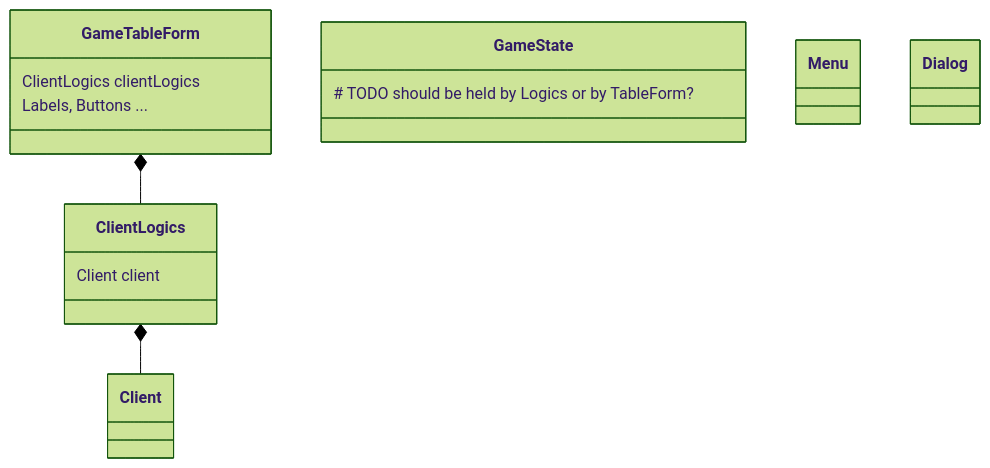
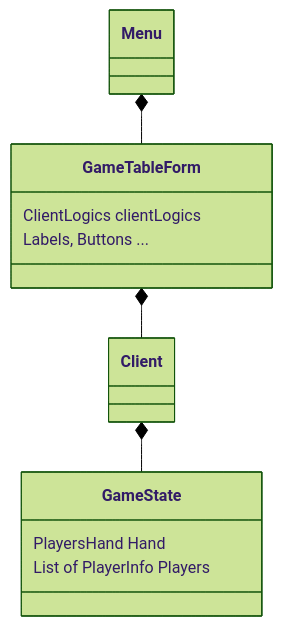
Before and after one commit to vesmil/oko-bere: the second of 3 diagrams in doc/technical.md, drawn with Mermaid (forest theme). The commit also changed other lines of this file and 1 other file, not shown here.

````diff
--- a/doc/technical.md
+++ b/doc/technical.md
@@ -67,30 +76,24 @@
 ```mermaid
 classDiagram
     class GameTableForm {
         ClientLogics clientLogics
         Labels, Buttons ...   
     }
 
-    class ClientLogics { 
-        Client client
-    }
-
     class Client { 
 
     }
 
     class GameState { 
-        # TODO should be held by Logics or by TableForm?
+        PlayersHand Hand
+        List of PlayerInfo Players
     }
 
     class Menu { 
 
     }
 
-    class Dialog { 
-
-    }
-
-    GameTableForm *-- ClientLogics
-    ClientLogics *-- Client
+    GameTableForm *-- Client
+    Client *-- GameState
+    Menu *-- GameTableForm
 ```
````
